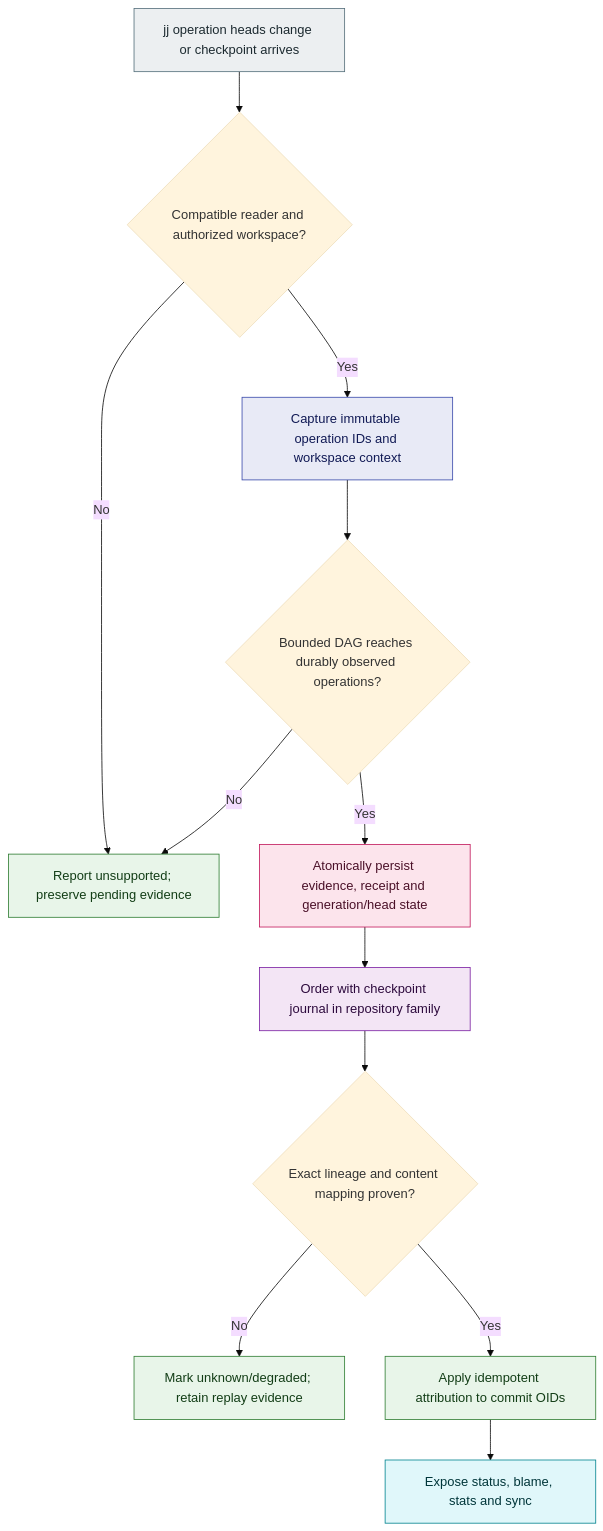
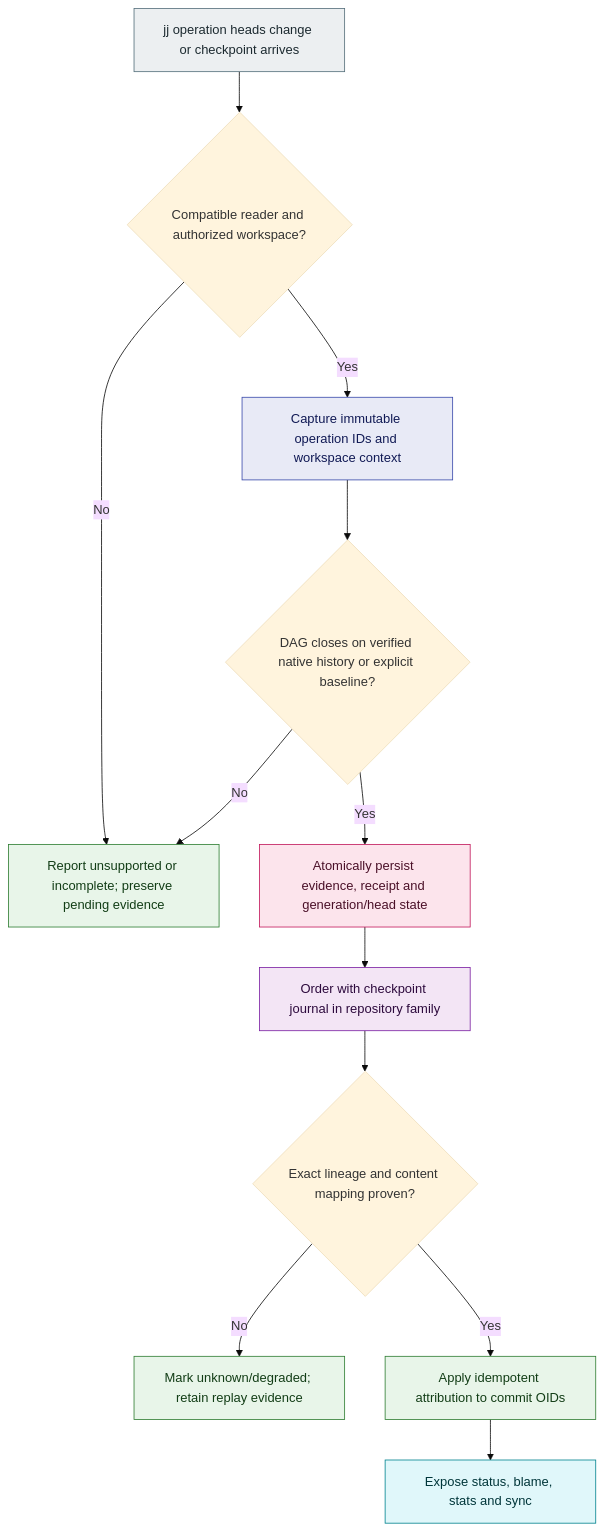
Before and after one commit to woud420/git-ai: the second of 2 diagrams in docs/decisions/2026-09-07-jj-support-design.md, drawn with Mermaid (base theme). The commit also changed other lines of this file and 10 other files, not shown here.

Commit message:
feat(jj): prepare explicit current-state baseline evidence

````diff
--- a/docs/decisions/2026-09-07-jj-support-design.md
+++ b/docs/decisions/2026-09-07-jj-support-design.md
@@ -210,20 +218,20 @@
 ```mermaid
 flowchart TD
     S["jj operation heads change or checkpoint arrives"]:::external --> V{"Compatible reader and authorized workspace?"}
-    V -- No --> D["Report unsupported; preserve pending evidence"]:::service
+    V -- No --> D["Report unsupported or incomplete; preserve pending evidence"]:::service
     V -- Yes --> I["Capture immutable operation IDs and workspace context"]:::job
-    I --> B{"Bounded DAG reaches durably observed operations?"}
+    I --> B{"DAG closes on verified native history or explicit baseline?"}
     B -- No --> D
     B -- Yes --> P["Atomically persist evidence, receipt and generation/head state"]:::storage
     P --> Q["Order with checkpoint journal in repository family"]:::queue
     Q --> M{"Exact lineage and content mapping proven?"}
     M -- No --> U["Mark unknown/degraded; retain replay evidence"]:::service
     M -- Yes --> A["Apply idempotent attribution to commit OIDs"]:::service
     A --> R["Expose status, blame, stats and sync"]:::ui
     classDef ui fill:#E0F7FA,stroke:#00838F,color:#00363A
     classDef service fill:#E8F5E9,stroke:#2E7D32,color:#123D16
     classDef queue fill:#F3E5F5,stroke:#7B1FA2,color:#2D0A3D
     classDef job fill:#E8EAF6,stroke:#3949AB,color:#111A55
     classDef storage fill:#FCE4EC,stroke:#C2185B,color:#4A1028
     classDef external fill:#ECEFF1,stroke:#546E7A,color:#1C2A30
 ```
````
